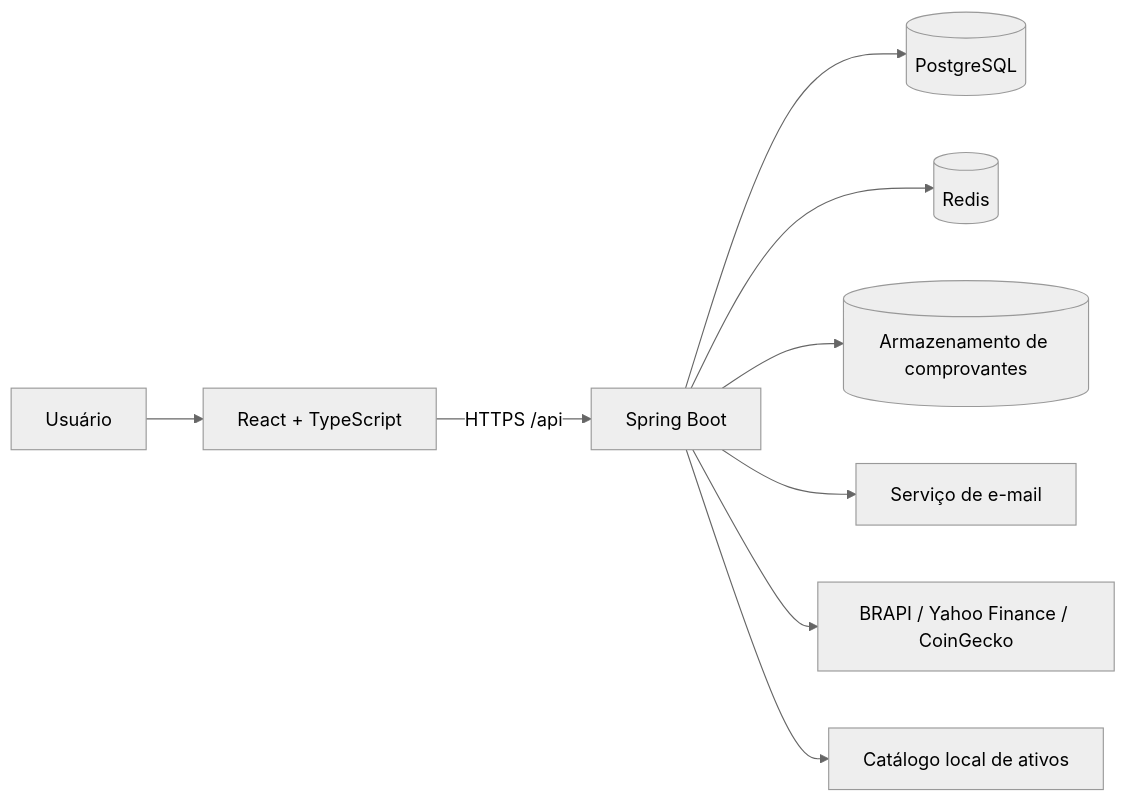
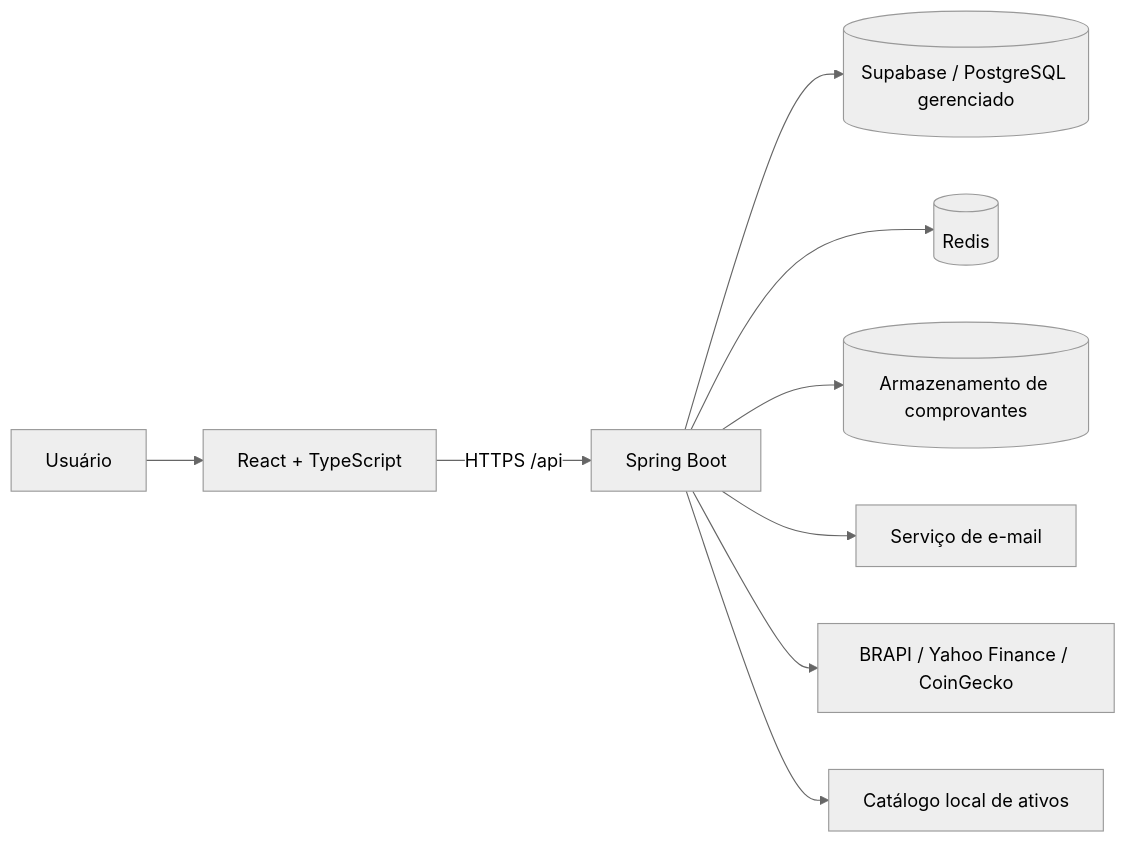
The first of 5 diagrams in docs/ARCHITECTURE.md (Guilhermecorral/Controle-de-Gastos), drawn with Mermaid (neutral theme) before and after one commit. The commit also changed other lines of this file and 2 other files, not shown here.

Commit message:
docs: reconciliar roadmap, changelog e arquitetura com o estado real do código

````diff
--- a/docs/ARCHITECTURE.md
+++ b/docs/ARCHITECTURE.md
@@ -9,11 +9,11 @@
 ```mermaid
 flowchart LR
     U[Usuário] --> FE[React + TypeScript]
     FE -->|HTTPS /api| API[Spring Boot]
-    API --> DB[(PostgreSQL)]
+    API --> DB[(Supabase / PostgreSQL gerenciado)]
     API --> CACHE[(Redis)]
     API --> FILES[(Armazenamento de comprovantes)]
     API --> MAIL[Serviço de e-mail]
     API --> MARKET[BRAPI / Yahoo Finance / CoinGecko]
     API --> LOCAL[Catálogo local de ativos]
 ```
````
